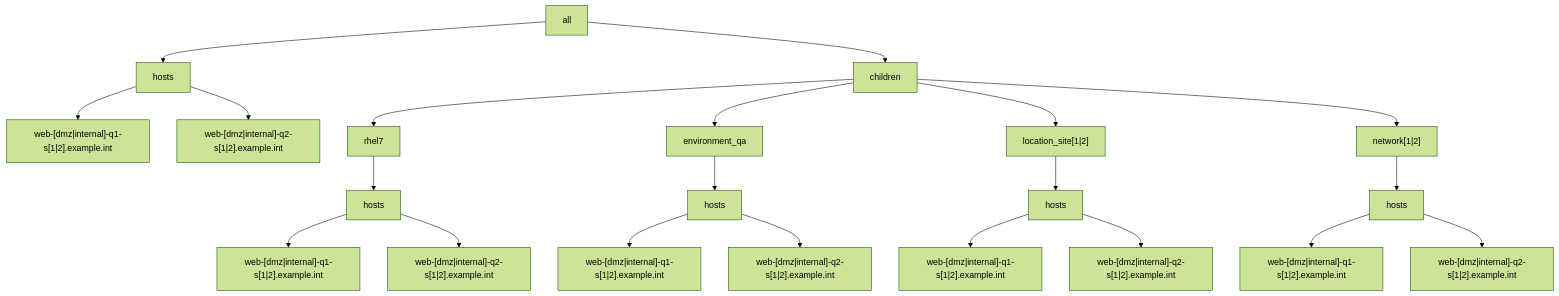
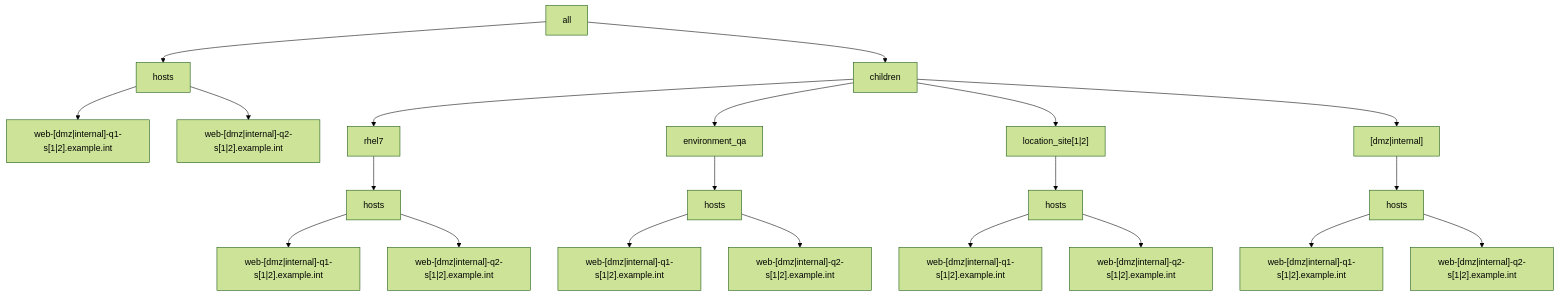
One commit to lj020326/Ansible-inventory-file-examples changed the second of 2 diagrams in tests/ansible-multiple-yaml-inventories/example4/README.md. Above: the diagram before and after it, drawn with Mermaid (forest theme). The commit also changed other lines of this file, not shown here.

Commit message:
develop-lj - 	modified:   tests/ansible-multiple-yaml-inventories/example4/README.md

````diff
--- a/tests/ansible-multiple-yaml-inventories/example4/README.md
+++ b/tests/ansible-multiple-yaml-inventories/example4/README.md
@@ -41,23 +41,23 @@
 ```mermaid
 graph TD;
     A[all] --> C[hosts]
     A[all] --> D[children]
     C --> I["web-[dmz|internal]-q1-s[1|2].example.int"]
     C --> J["web-[dmz|internal]-q2-s[1|2].example.int"]
     D --> E[rhel7]
     D --> F[environment_qa]
     D --> G["location_site[1|2]"]
-    D --> H["network[1|2]"]
+    D --> H["[dmz|internal]"]
     E --> K[hosts]
     K --> L["web-[dmz|internal]-q1-s[1|2].example.int"]
     K --> M["web-[dmz|internal]-q2-s[1|2].example.int"]
     F --> N[hosts]
     N --> O["web-[dmz|internal]-q1-s[1|2].example.int"]
     N --> P["web-[dmz|internal]-q2-s[1|2].example.int"]
     G --> Q[hosts]
     Q --> R["web-[dmz|internal]-q1-s[1|2].example.int"]
     Q --> S["web-[dmz|internal]-q2-s[1|2].example.int"]
     H --> T[hosts]
     T --> U["web-[dmz|internal]-q1-s[1|2].example.int"]
     T --> W["web-[dmz|internal]-q2-s[1|2].example.int"]
 ```
````
